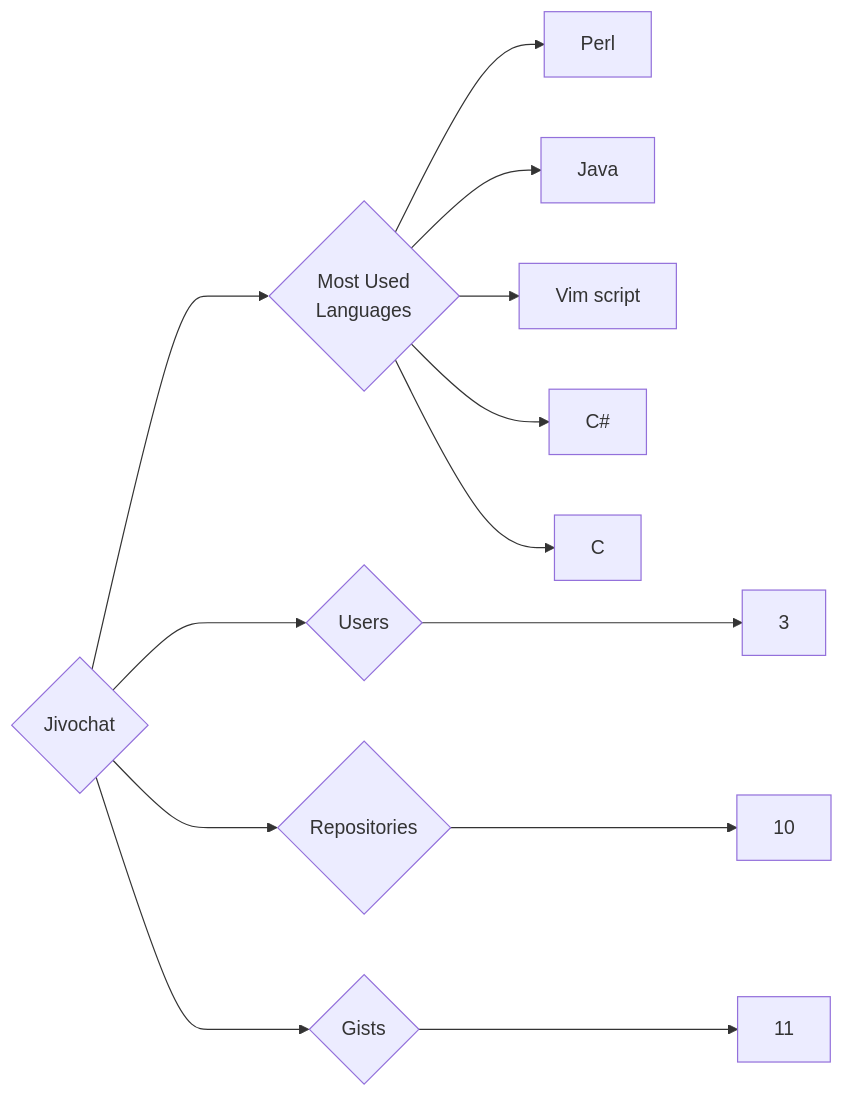
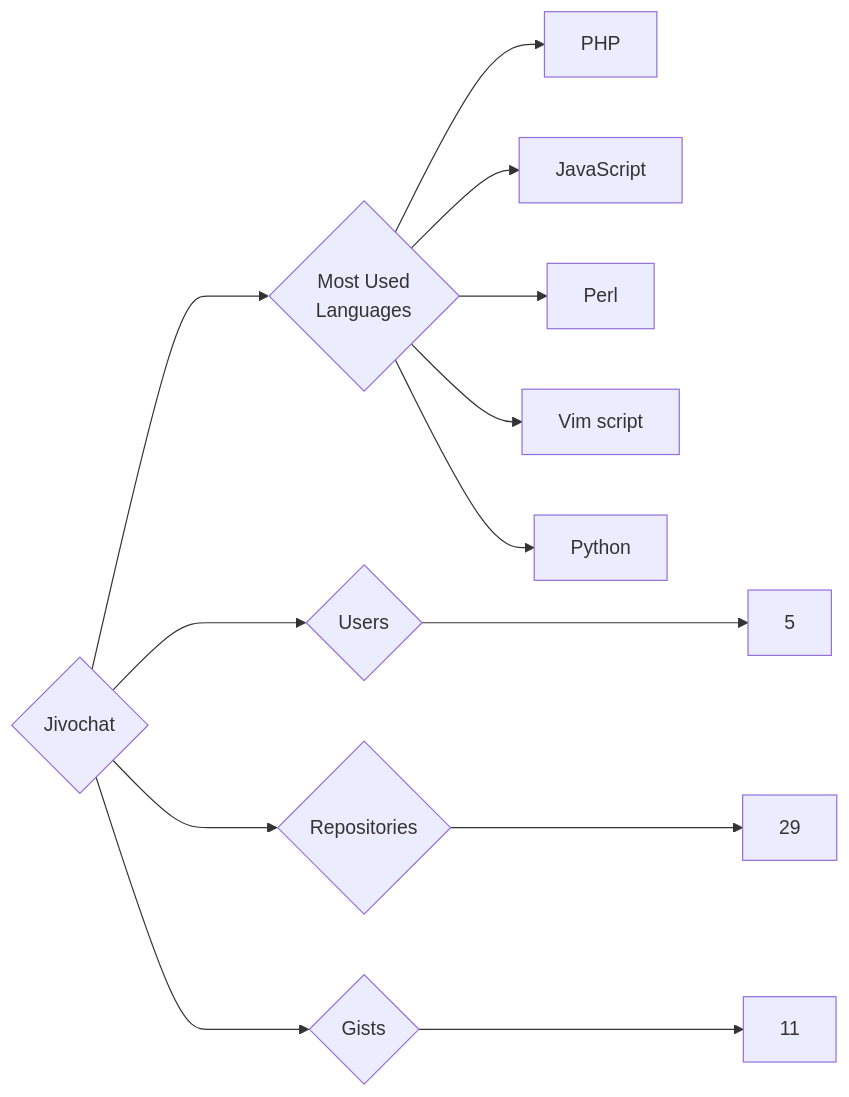
Before and after one commit to trickest/insiders: the diagram in targets/Jivochat/README.md, drawn with Mermaid. The commit also changed 874 other files, not shown here.

````diff
--- a/targets/Jivochat/README.md
+++ b/targets/Jivochat/README.md
@@ -3,13 +3,13 @@
 ```mermaid
 graph LR
 COMPANY_NAME{Jivochat}
-COMPANY_NAME ---> U{Users} ---> UN[3]
-COMPANY_NAME ---> R{Repositories} ---> RN[10]
+COMPANY_NAME ---> U{Users} ---> UN[5]
+COMPANY_NAME ---> R{Repositories} ---> RN[29]
 COMPANY_NAME ---> G{Gists} ---> GN[11]
 COMPANY_NAME ---> ML{Most Used<br>Languages}
+ML --> PHP[PHP]
+ML --> JavaScript[JavaScript]
 ML --> Perl[Perl]
-ML --> Java[Java]
 ML --> Vim_script[Vim script]
-ML --> C#[C#]
-ML --> C[C]
+ML --> Python[Python]
 ```
````
